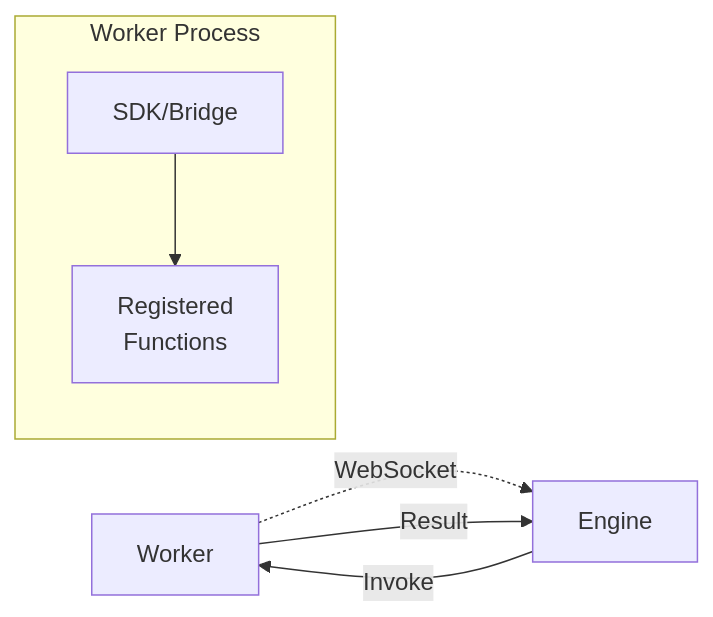
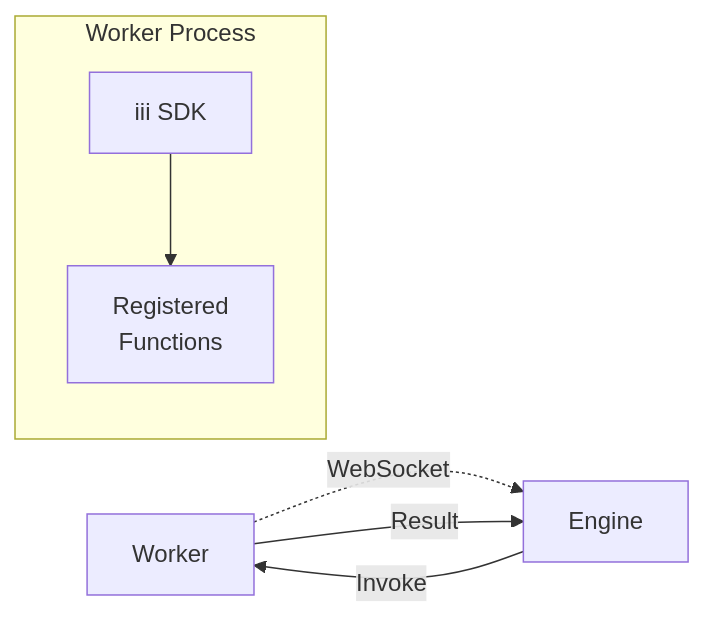
The first of 3 diagrams in content/workers.mdx (iii-hq/docs), drawn with Mermaid before and after one commit. The commit also changed other lines of this file and 27 other files, not shown here.

````diff
--- a/content/workers.mdx
+++ b/content/workers.mdx
@@ -22,12 +22,12 @@
 ```mermaid
 graph LR
     Worker[Worker] -.->|WebSocket| Engine[Engine]
     Engine -->|Invoke| Worker
     Worker -->|Result| Engine
 
     subgraph "Worker Process"
-        SDK[SDK/Bridge]
+        SDK[iii SDK]
         Functions[Registered<br/>Functions]
         SDK --> Functions
     end
 ```
````
